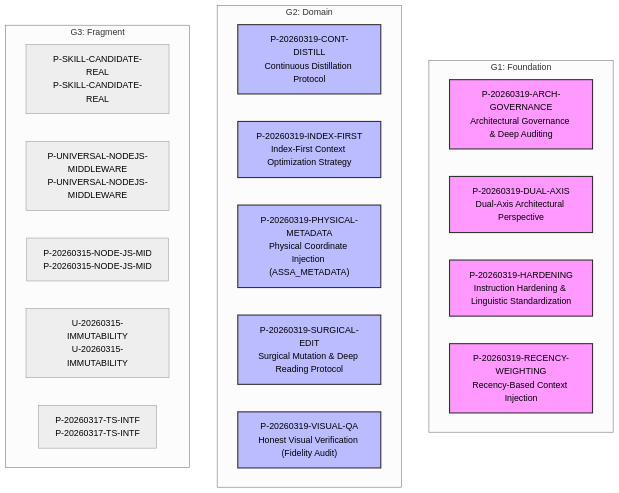
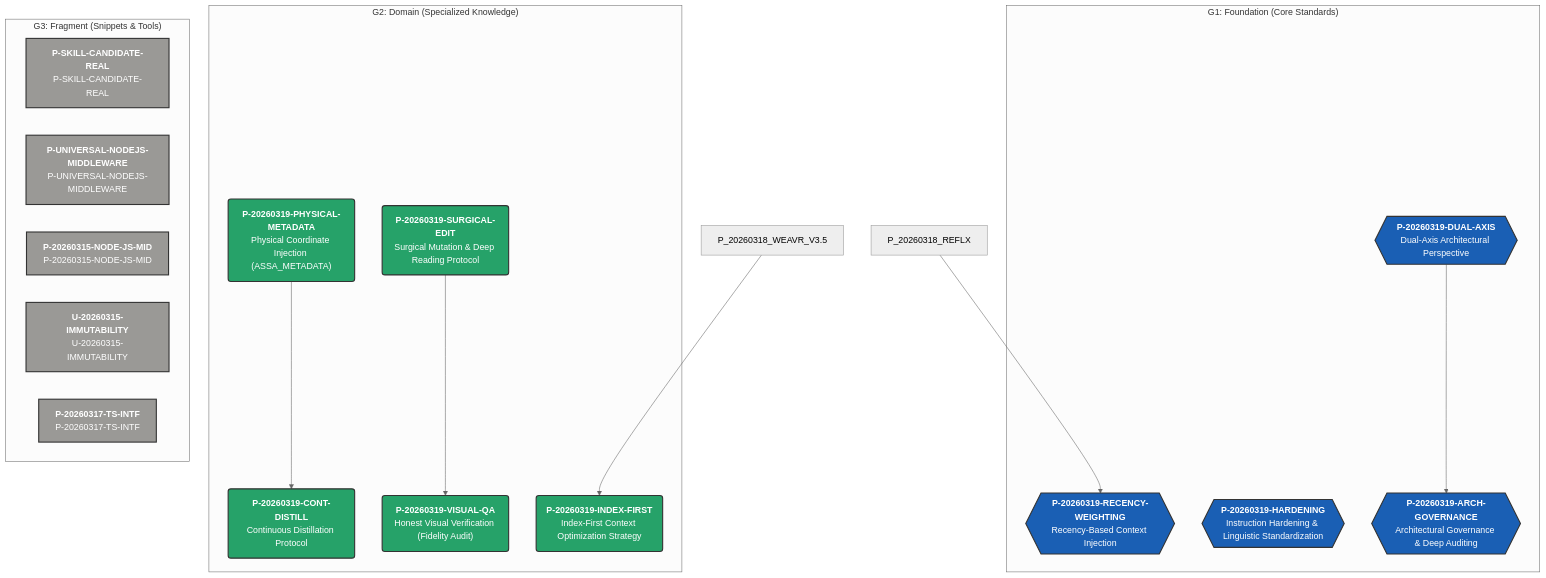
Before and after one commit to Biogod2020/ASSA: the second of 2 diagrams in README.md, drawn with Mermaid (neutral theme). The commit also changed 1 other file, not shown here.

Commit message:
docs: improve knowledge graph aesthetics and add rule dependencies

````diff
--- a/README.md
+++ b/README.md
@@ -61,30 +61,36 @@
 ```mermaid
 graph TD
-  subgraph G1[G1: Foundation]
-    P_20260319_ARCH_GOVERNANCE["P-20260319-ARCH-GOVERNANCE<br/>Architectural Governance & Deep Auditing"]
-    P_20260319_DUAL_AXIS["P-20260319-DUAL-AXIS<br/>Dual-Axis Architectural Perspective"]
-    P_20260319_HARDENING["P-20260319-HARDENING<br/>Instruction Hardening & Linguistic Standardization"]
-    P_20260319_RECENCY_WEIGHTING["P-20260319-RECENCY-WEIGHTING<br/>Recency-Based Context Injection"]
+  subgraph G1 ["G1: Foundation (Core Standards)"]
+    P_20260319_ARCH_GOVERNANCE{{"<b>P-20260319-ARCH-GOVERNANCE</b><br/>Architectural Governance & Deep Auditing"}}
+    P_20260319_DUAL_AXIS{{"<b>P-20260319-DUAL-AXIS</b><br/>Dual-Axis Architectural Perspective"}}
+    P_20260319_HARDENING{{"<b>P-20260319-HARDENING</b><br/>Instruction Hardening & Linguistic Standardization"}}
+    P_20260319_RECENCY_WEIGHTING{{"<b>P-20260319-RECENCY-WEIGHTING</b><br/>Recency-Based Context Injection"}}
   end
-  subgraph G2[G2: Domain]
-    P_20260319_CONT_DISTILL["P-20260319-CONT-DISTILL<br/>Continuous Distillation Protocol"]
-    P_20260319_INDEX_FIRST["P-20260319-INDEX-FIRST<br/>Index-First Context Optimization Strategy"]
-    P_20260319_PHYSICAL_METADATA["P-20260319-PHYSICAL-METADATA<br/>Physical Coordinate Injection (ASSA_METADATA)"]
-    P_20260319_SURGICAL_EDIT["P-20260319-SURGICAL-EDIT<br/>Surgical Mutation & Deep Reading Protocol"]
-    P_20260319_VISUAL_QA["P-20260319-VISUAL-QA<br/>Honest Visual Verification (Fidelity Audit)"]
+  subgraph G2 ["G2: Domain (Specialized Knowledge)"]
+    P_20260319_CONT_DISTILL("<b>P-20260319-CONT-DISTILL</b><br/>Continuous Distillation Protocol")
+    P_20260319_INDEX_FIRST("<b>P-20260319-INDEX-FIRST</b><br/>Index-First Context Optimization Strategy")
+    P_20260319_PHYSICAL_METADATA("<b>P-20260319-PHYSICAL-METADATA</b><br/>Physical Coordinate Injection (ASSA_METADATA)")
+    P_20260319_SURGICAL_EDIT("<b>P-20260319-SURGICAL-EDIT</b><br/>Surgical Mutation & Deep Reading Protocol")
+    P_20260319_VISUAL_QA("<b>P-20260319-VISUAL-QA</b><br/>Honest Visual Verification (Fidelity Audit)")
   end
-  subgraph G3[G3: Fragment]
-    P_SKILL_CANDIDATE_REAL["P-SKILL-CANDIDATE-REAL<br/>P-SKILL-CANDIDATE-REAL"]
-    P_UNIVERSAL_NODEJS_MIDDLEWARE["P-UNIVERSAL-NODEJS-MIDDLEWARE<br/>P-UNIVERSAL-NODEJS-MIDDLEWARE"]
-    P_20260315_NODE_JS_MID["P-20260315-NODE-JS-MID<br/>P-20260315-NODE-JS-MID"]
-    U_20260315_IMMUTABILITY["U-20260315-IMMUTABILITY<br/>U-20260315-IMMUTABILITY"]
-    P_20260317_TS_INTF["P-20260317-TS-INTF<br/>P-20260317-TS-INTF"]
+  subgraph G3 ["G3: Fragment (Snippets & Tools)"]
+    P_SKILL_CANDIDATE_REAL["<b>P-SKILL-CANDIDATE-REAL</b><br/>P-SKILL-CANDIDATE-REAL"]
+    P_UNIVERSAL_NODEJS_MIDDLEWARE["<b>P-UNIVERSAL-NODEJS-MIDDLEWARE</b><br/>P-UNIVERSAL-NODEJS-MIDDLEWARE"]
+    P_20260315_NODE_JS_MID["<b>P-20260315-NODE-JS-MID</b><br/>P-20260315-NODE-JS-MID"]
+    U_20260315_IMMUTABILITY["<b>U-20260315-IMMUTABILITY</b><br/>U-20260315-IMMUTABILITY"]
+    P_20260317_TS_INTF["<b>P-20260317-TS-INTF</b><br/>P-20260317-TS-INTF"]
   end
+  P_20260319_DUAL_AXIS --> P_20260319_ARCH_GOVERNANCE
+  P_20260319_PHYSICAL_METADATA --> P_20260319_CONT_DISTILL
+  P_20260318_WEAVR_V3.5 --> P_20260319_INDEX_FIRST
+  P_20260318_REFLX --> P_20260319_RECENCY_WEIGHTING
+  P_20260319_SURGICAL_EDIT --> P_20260319_VISUAL_QA
 
   %% Styling
-  classDef g1 fill:#f9f,stroke:#333,stroke-width:2px;
-  classDef g2 fill:#bbf,stroke:#333,stroke-width:2px;
-  classDef g3 fill:#dfd,stroke:#333,stroke-width:1px;
-  class P_20260319_ARCH_GOVERNANCE,P_20260319_DUAL_AXIS,P_20260319_HARDENING,P_20260319_RECENCY_WEIGHTING g1;
-  class P_20260319_CONT_DISTILL,P_20260319_INDEX_FIRST,P_20260319_PHYSICAL_METADATA,P_20260319_SURGICAL_EDIT,P_20260319_VISUAL_QA g2;
+  classDef style_G1 fill:#1a5fb4,stroke:#333,stroke-width:2px,color:#fff,font-family:Arial;
+  class P_20260319_ARCH_GOVERNANCE,P_20260319_DUAL_AXIS,P_20260319_HARDENING,P_20260319_RECENCY_WEIGHTING style_G1;
+  classDef style_G2 fill:#26a269,stroke:#333,stroke-width:2px,color:#fff,font-family:Arial;
+  class P_20260319_CONT_DISTILL,P_20260319_INDEX_FIRST,P_20260319_PHYSICAL_METADATA,P_20260319_SURGICAL_EDIT,P_20260319_VISUAL_QA style_G2;
+  classDef style_G3 fill:#9a9996,stroke:#333,stroke-width:2px,color:#fff,font-family:Arial;
+  class P_SKILL_CANDIDATE_REAL,P_UNIVERSAL_NODEJS_MIDDLEWARE,P_20260315_NODE_JS_MID,U_20260315_IMMUTABILITY,P_20260317_TS_INTF style_G3;
 ```
````
